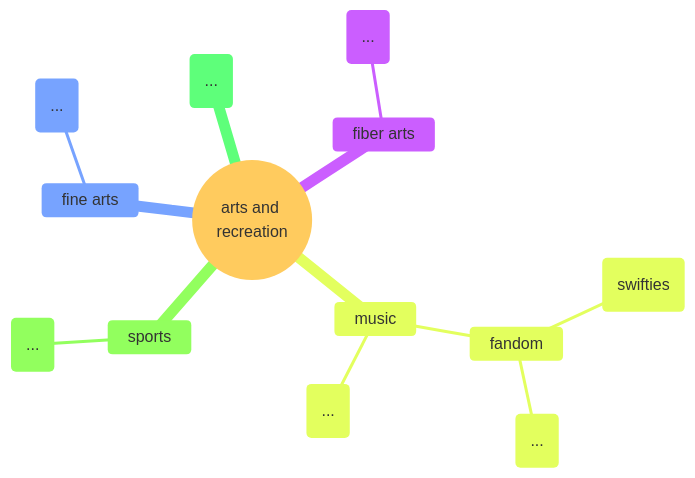
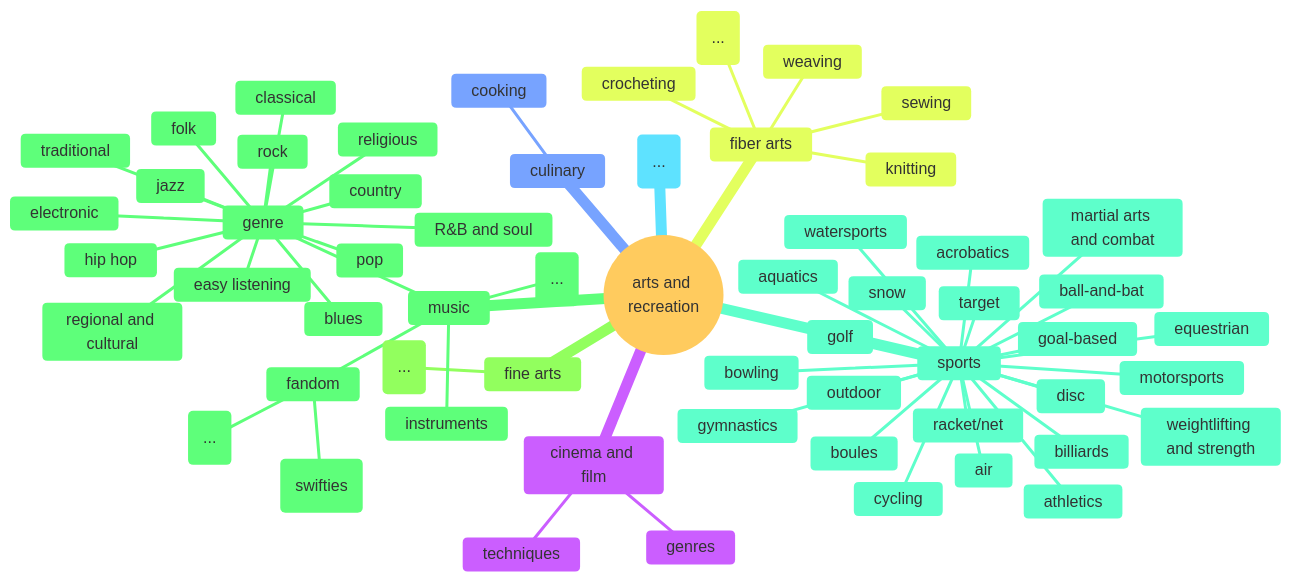
The fifth of 9 diagrams in docs/full_taxonomy.md (nimbinatus/taxonomy), drawn with Mermaid before and after one commit. The commit also changed other lines of this file, not shown here.

````diff
--- a/docs/full_taxonomy.md
+++ b/docs/full_taxonomy.md
@@ -158,24 +158,70 @@
 ```mermaid
 ---
 title: Arts and Recreation
 config:
     fontSize: 8
     theme: base
     mindmap:
         maxNodeWidth: 100
 ---
 mindmap
     root((arts and recreation))
+        cinema and film
+            genres
+            techniques
+        culinary
+            cooking
         fiber arts
+            crocheting
+            knitting
+            sewing
+            weaving
             id(...)
         fine arts
             id(...)
         music
+            genre
+                blues
+                classical
+                country
+                easy listening
+                electronic
+                folk
+                hip hop
+                jazz
+                pop
+                R&B and soul
+                regional and cultural
+                religious
+                rock
+                traditional
             fandom
                 id(swifties)
                 id(...)
+            instruments
             id(...)
         sports
-            id(...)
+            acrobatics
+            air
+            aquatics
+            athletics
+            ball-and-bat
+            billiards
+            boules
+            bowling
+            cycling
+            disc
+            equestrian
+            golf
+            gymnastics
+            goal-based
+            martial arts and combat
+            motorsports
+            outdoor
+            racket/net
+            snow
+            target
+            watersports
+            weightlifting and strength
         id(...)
 ```
````
